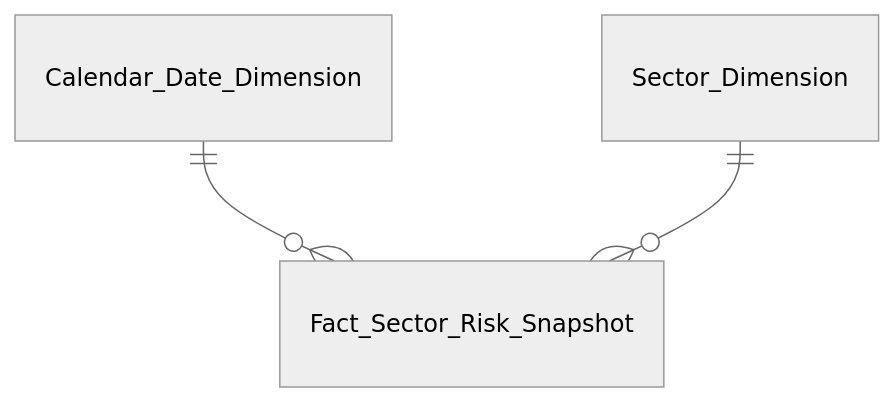
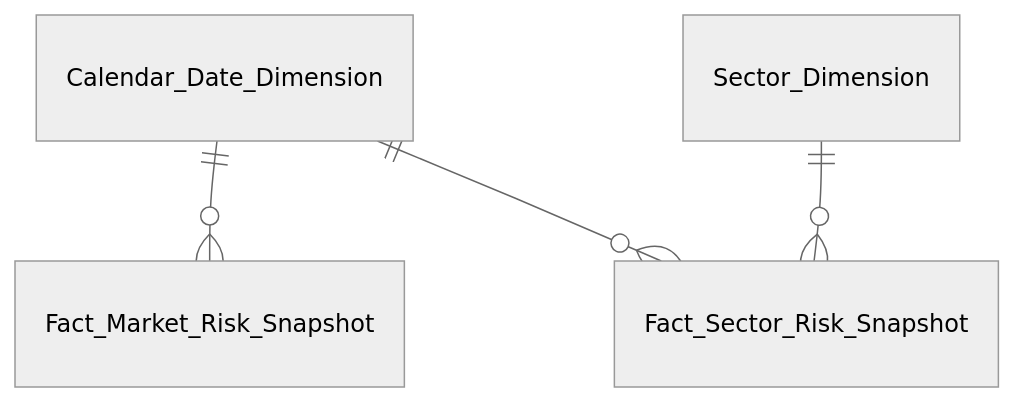
The third of 9 diagrams in Datamart/hld/DTM_PTTT_Entities.md (linhlvit/ubck_atomic_design), drawn with Mermaid (neutral theme) before and after one commit. The commit also changed other lines of this file and 70 other files, not shown here.

````diff
--- a/Datamart/hld/DTM_PTTT_Entities.md
+++ b/Datamart/hld/DTM_PTTT_Entities.md
@@ -71,5 +55,6 @@
 ```mermaid
 erDiagram
+    Calendar_Date_Dimension ||--o{ Fact_Market_Risk_Snapshot : " "
     Calendar_Date_Dimension ||--o{ Fact_Sector_Risk_Snapshot : " "
     Sector_Dimension ||--o{ Fact_Sector_Risk_Snapshot : " "
 ```
````
